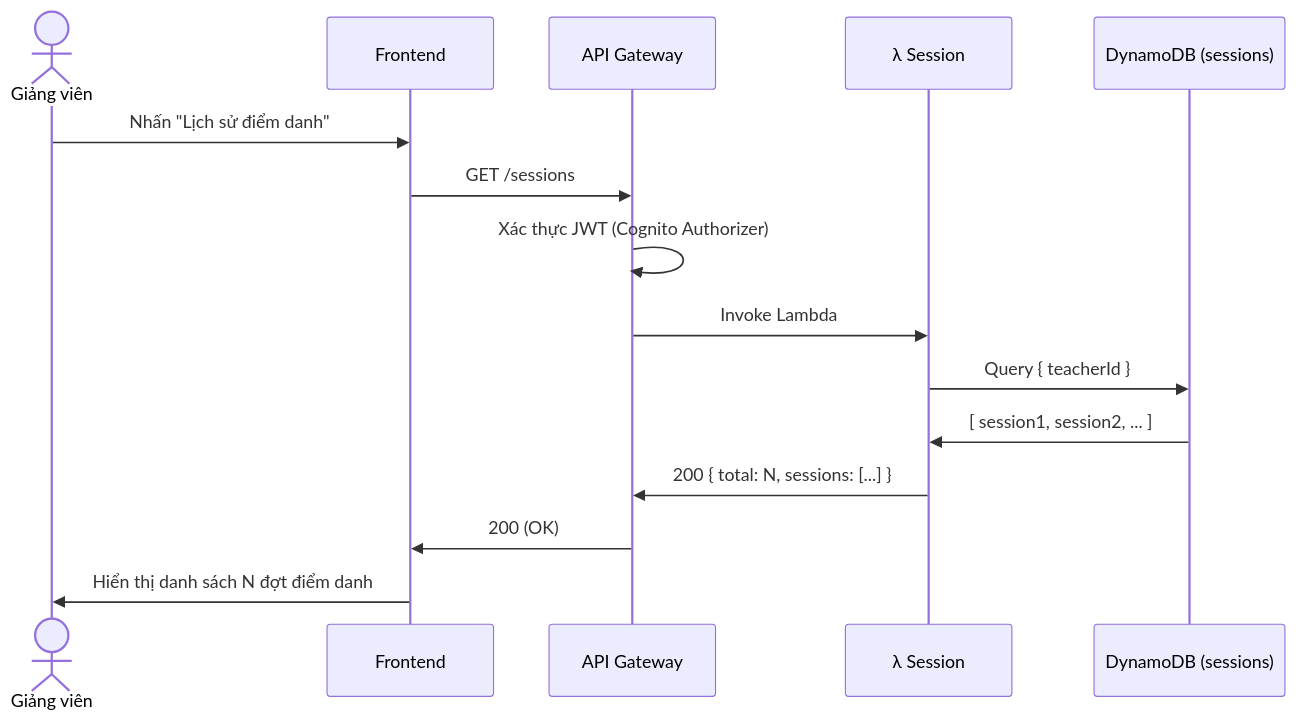
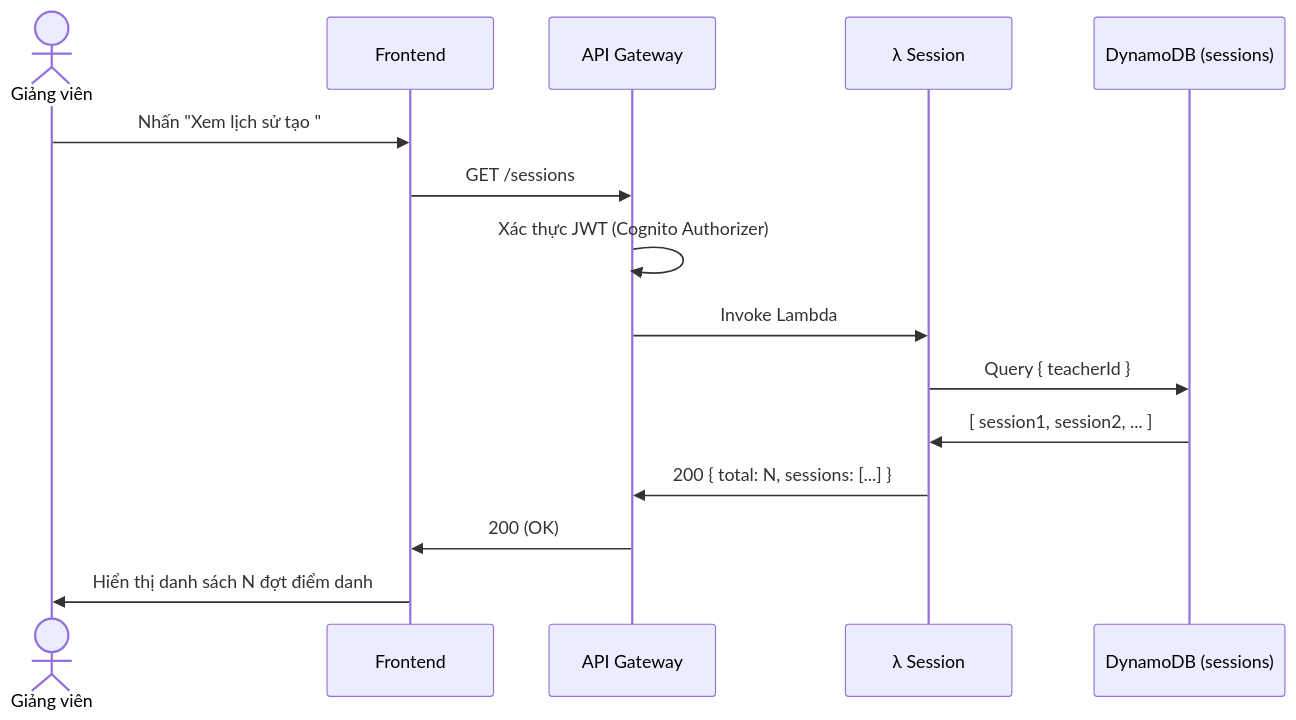
The tenth of 13 diagrams in docs/SRS.md (kentdoan/qr-attendance), drawn with Mermaid before and after one commit. The commit also changed other lines of this file and 63 other files, not shown here.

````diff
--- a/docs/SRS.md
+++ b/docs/SRS.md
@@ -354,18 +385,18 @@
 ```mermaid
 sequenceDiagram
     actor GV as Giảng viên
     participant FE as Frontend
     participant APIGW as API Gateway
     participant Session as λ Session
     participant SessionDB as DynamoDB (sessions)
 
-    GV->>FE: Nhấn "Lịch sử điểm danh"
+    GV->>FE: Nhấn "Xem lịch sử tạo "
     FE->>APIGW: GET /sessions
     APIGW->>APIGW: Xác thực JWT (Cognito Authorizer)
     APIGW->>Session: Invoke Lambda
     Session->>SessionDB: Query { teacherId }
     SessionDB->>Session: [ session1, session2, ... ]
     Session->>APIGW: 200 { total: N,  sessions: [...] }
     APIGW->>FE: 200 (OK)
     FE->>GV: Hiển thị danh sách N đợt điểm danh
 ```
````
